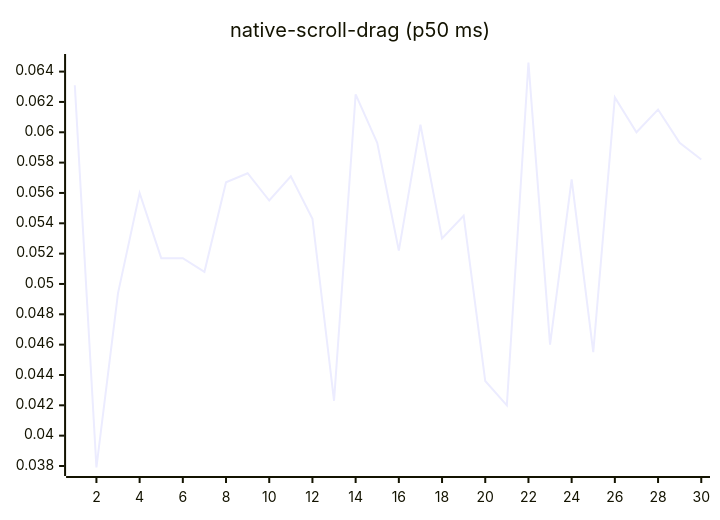
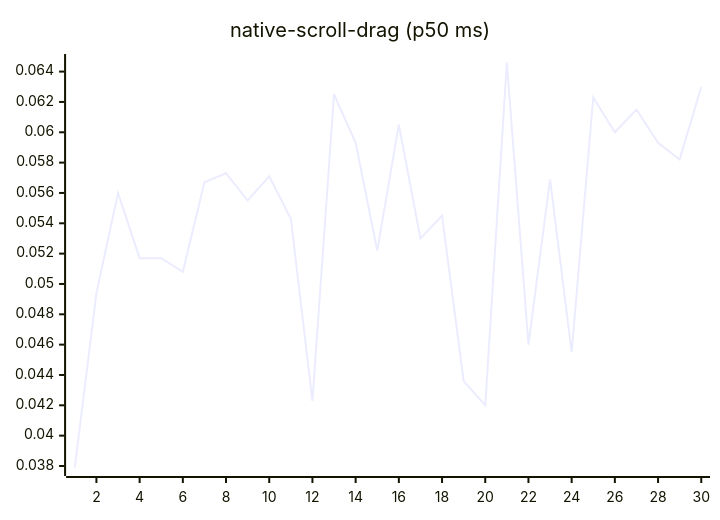
One commit to josha/Facet changed diagram 14 of 27 in README.md. Above: the diagram before and after it, drawn with Mermaid. The commit also changed other lines of this file and 2 other files, not shown here.

````diff
--- a/README.md
+++ b/README.md
@@ -154,6 +154,6 @@
 ```mermaid
 xychart-beta
     title "native-scroll-drag (p50 ms)"
     x-axis 1 --> 30
-    line [0.0631, 0.0379, 0.0494, 0.0560, 0.0517, 0.0517, 0.0508, 0.0567, 0.0573, 0.0555, 0.0571, 0.0543, 0.0423, 0.0625, 0.0593, 0.0522, 0.0605, 0.0530, 0.0545, 0.0436, 0.0420, 0.0646, 0.0460, 0.0569, 0.0455, 0.0623, 0.0600, 0.0615, 0.0593, 0.0582]
+    line [0.0379, 0.0494, 0.0560, 0.0517, 0.0517, 0.0508, 0.0567, 0.0573, 0.0555, 0.0571, 0.0543, 0.0423, 0.0625, 0.0593, 0.0522, 0.0605, 0.0530, 0.0545, 0.0436, 0.0420, 0.0646, 0.0460, 0.0569, 0.0455, 0.0623, 0.0600, 0.0615, 0.0593, 0.0582, 0.0630]
 ```
````
